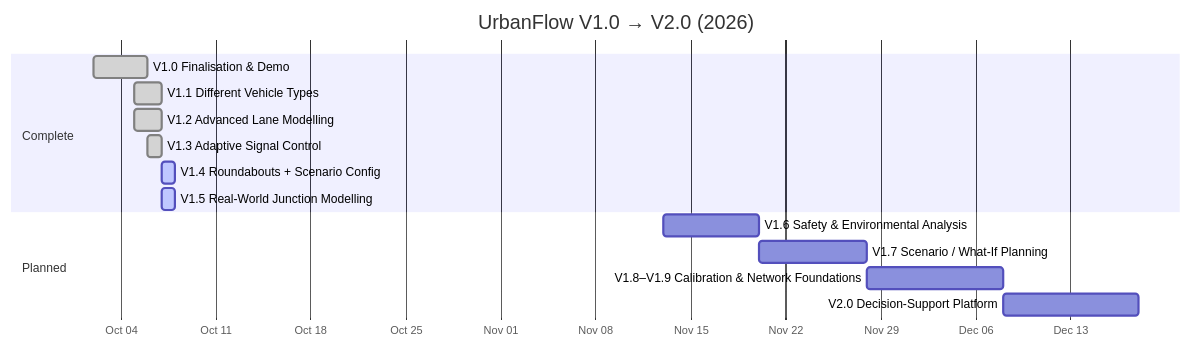
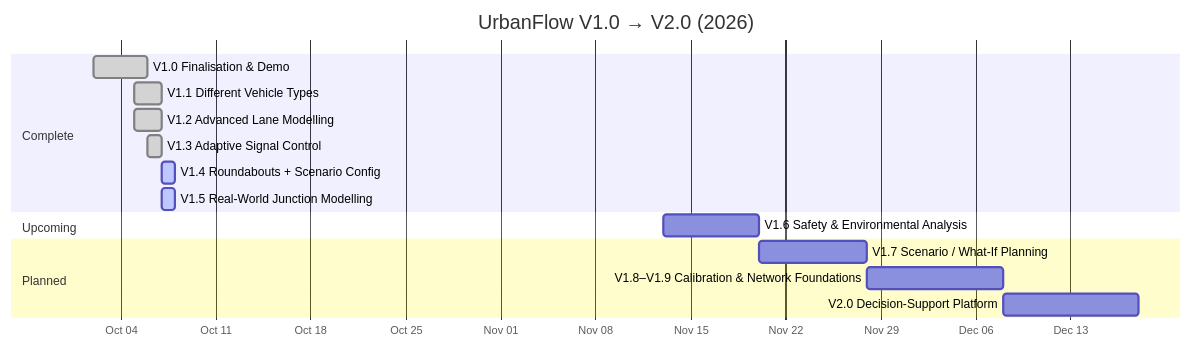
Before and after one commit to Viraj281105/Traffic-Simulation: the third of 3 diagrams in docs/ROADMAP.md, drawn with Mermaid. The commit also changed other lines of this file and 8 other files, not shown here.

Commit message:
docs: add comprehensive simulation documentation, research metrics reference, and architecture contracts

````diff
--- a/docs/ROADMAP.md
+++ b/docs/ROADMAP.md
@@ -90,19 +90,19 @@
 ```mermaid
 gantt
     title UrbanFlow V1.0 → V2.0 (2026)
     dateFormat YYYY-MM-DD
     axisFormat %b %d
     section Complete
     V1.0 Finalisation & Demo                 :done,    v10, 2026-10-02, 4d
     V1.1 Different Vehicle Types             :done,    v11, 2026-10-05, 2d
     V1.2 Advanced Lane Modelling             :done,    v12, 2026-10-05, 2d
     V1.3 Adaptive Signal Control             :done,    v13, 2026-10-06, 1d
     V1.4 Roundabouts + Scenario Config       :active,  v14, 2026-10-07, 1d
     V1.5 Real-World Junction Modelling       :active,  v15, 2026-10-07, 1d
     section Upcoming
+    V1.6 Safety & Environmental Analysis     :         v16, 2026-11-13, 7d
     section Planned
-    V1.6 Safety & Environmental Analysis     :         v16, 2026-11-13, 7d
     V1.7 Scenario / What-If Planning         :         v17, 2026-11-20, 8d
     V1.8–V1.9 Calibration & Network Foundations :      v18, 2026-11-28, 10d
     V2.0 Decision-Support Platform           :         v20, 2026-12-08, 10d
 ```
````
